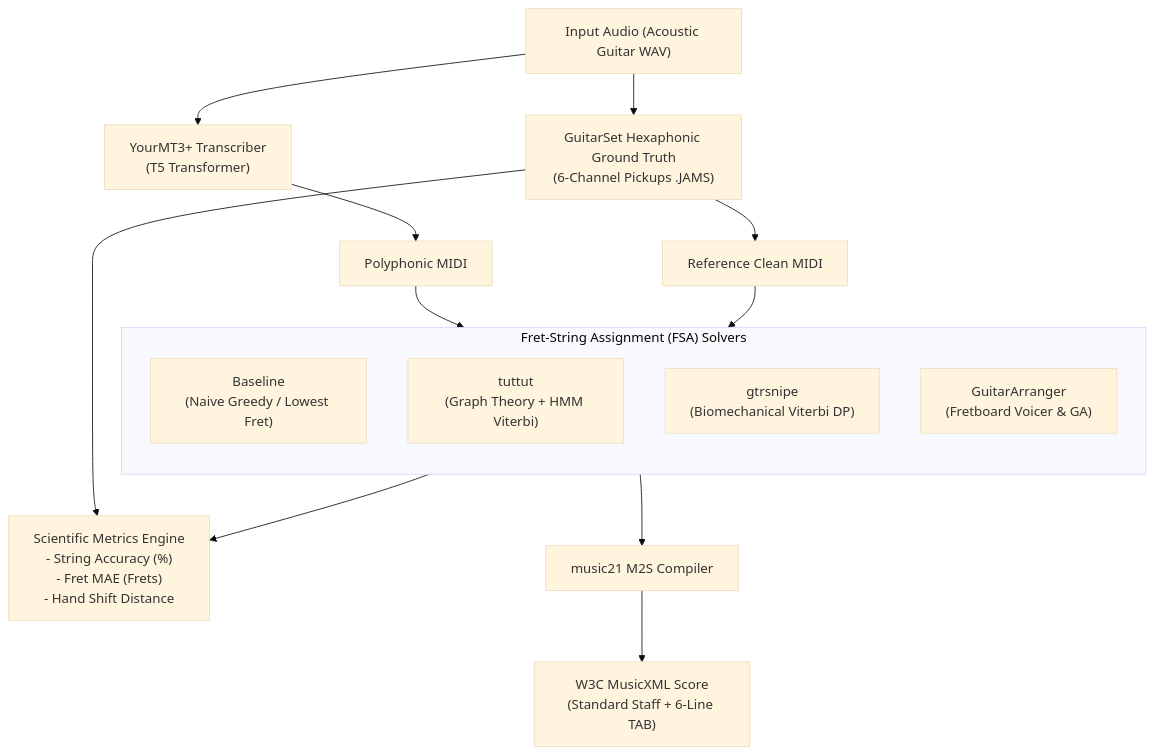
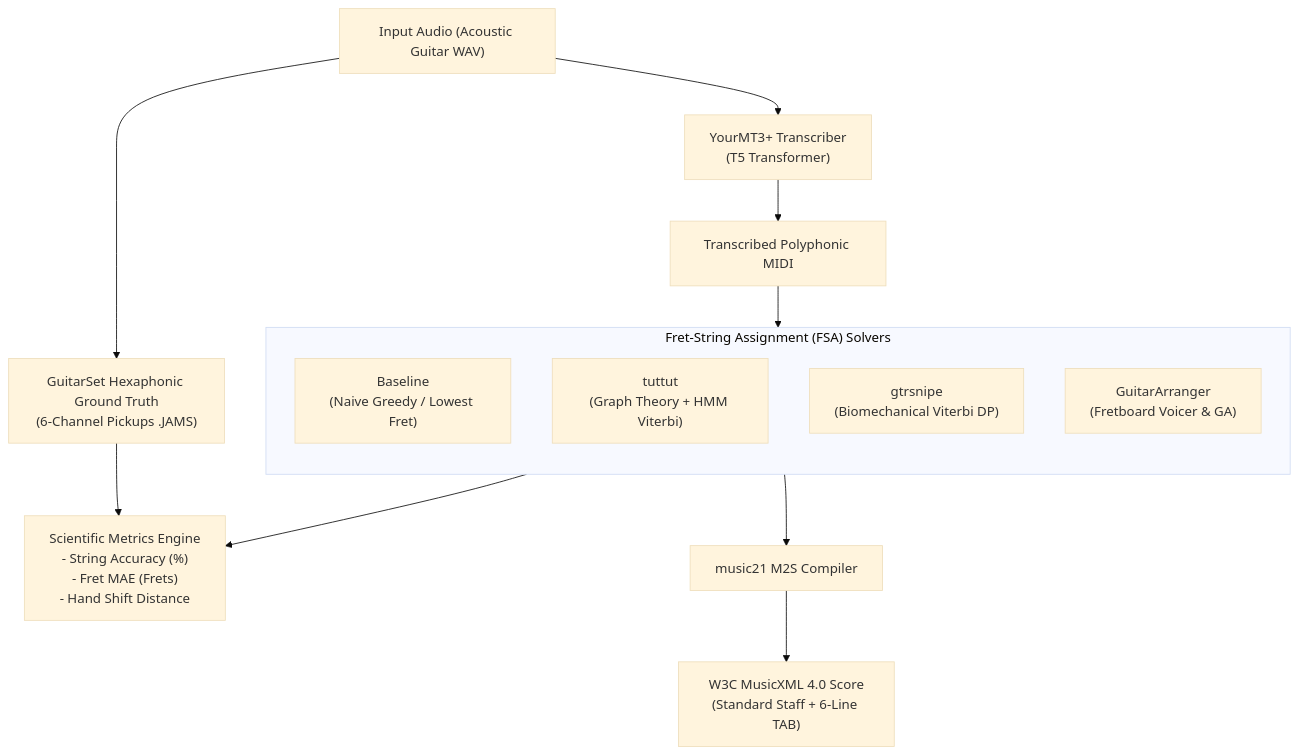
Before and after one commit to caglarbilgehan/articles: the diagram in music/02-guitar-m2s-fsa-benchmark/ARTICLE-EN.md, drawn with Mermaid (base theme). The commit also changed other lines of this file and 8 other files, not shown here.

````diff
--- a/music/02-guitar-m2s-fsa-benchmark/ARTICLE-EN.md
+++ b/music/02-guitar-m2s-fsa-benchmark/ARTICLE-EN.md
@@ -64,25 +60,23 @@
 ```mermaid
 flowchart TD
     Audio["Input Audio (Acoustic Guitar WAV)"] --> AMT["YourMT3+ Transcriber\n(T5 Transformer)"]
     Audio --> GT["GuitarSet Hexaphonic Ground Truth\n(6-Channel Pickups .JAMS)"]
     
-    AMT --> MIDI["Polyphonic MIDI"]
-    GT --> RefMIDI["Reference Clean MIDI"]
+    AMT --> MIDI["Transcribed Polyphonic MIDI"]
 
     subgraph FSA_Engines["Fret-String Assignment (FSA) Solvers"]
         direction TB
         E1["Baseline\n(Naive Greedy / Lowest Fret)"]
         E2["tuttut\n(Graph Theory + HMM Viterbi)"]
         E3["gtrsnipe\n(Biomechanical Viterbi DP)"]
         E4["GuitarArranger\n(Fretboard Voicer & GA)"]
     end
 
     MIDI --> FSA_Engines
-    RefMIDI --> FSA_Engines
 
     FSA_Engines --> Evaluator["Scientific Metrics Engine\n- String Accuracy (%)\n- Fret MAE (Frets)\n- Hand Shift Distance"]
     GT --> Evaluator
 
     FSA_Engines --> M2S["music21 M2S Compiler"]
-    M2S --> Output["W3C MusicXML Score\n(Standard Staff + 6-Line TAB)"]
+    M2S --> Output["W3C MusicXML 4.0 Score\n(Standard Staff + 6-Line TAB)"]
 ```
````
